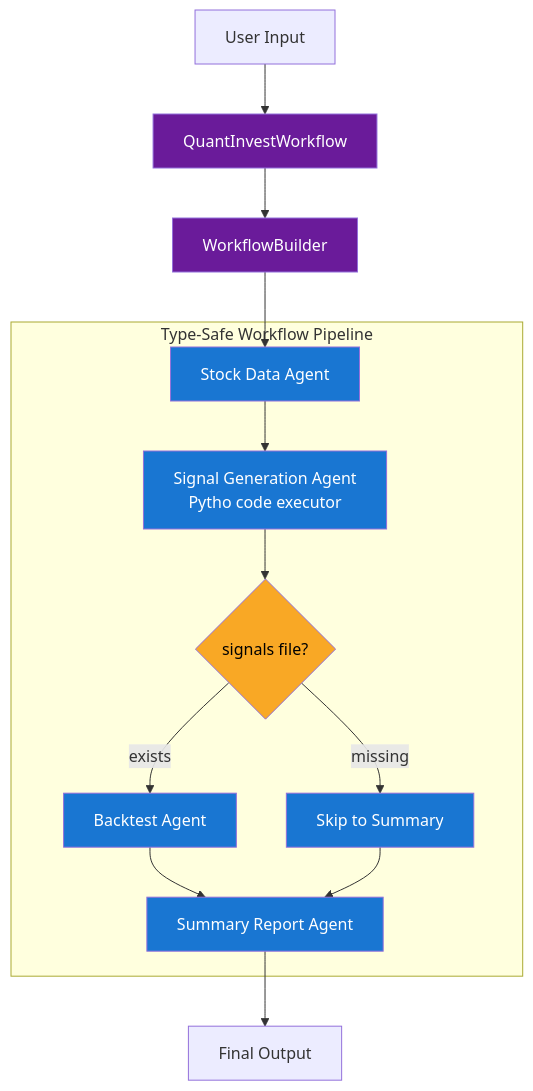
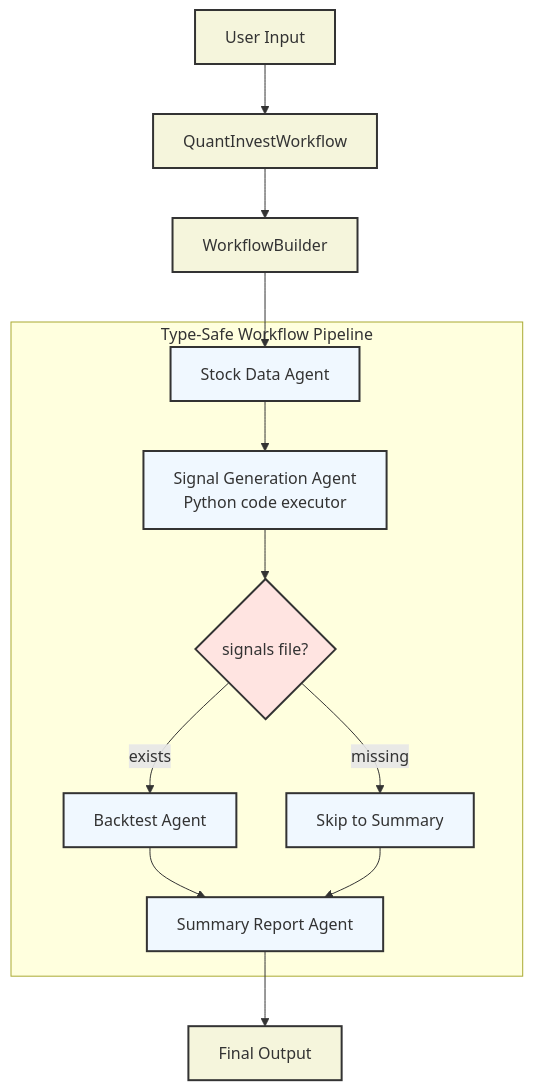
The third of 4 diagrams in README.md (kimtth/agent-quant-stock-invest), drawn with Mermaid before and after one commit. The commit also changed other lines of this file and 18 other files, not shown here.

````diff
--- a/README.md
+++ b/README.md
@@ -121,21 +119,21 @@
 ```mermaid
 flowchart TD
-    classDef orchestrator fill:#6a1b9a,color:#fff;
-    classDef agent fill:#1976d2,color:#fff;
-    classDef decision fill:#f9a825,color:#000;
-    
-    A[User Input] --> B[QuantInvestWorkflow]:::orchestrator
-    B --> C[WorkflowBuilder]:::orchestrator
-    
+    classDef kernel fill:#f5f5dc,stroke:#333,stroke-width:2px
+    classDef cpu    fill:#f0f8ff,stroke:#333,stroke-width:2px
+    classDef proc   fill:#ffe4e1,stroke:#333,stroke-width:2px
+
+    A[User Input]:::kernel --> B[QuantInvestWorkflow]:::kernel
+    B --> C[WorkflowBuilder]:::kernel
+
     subgraph Pipeline [Type-Safe Workflow Pipeline]
-        D[Stock Data Agent]:::agent --> E[Signal Generation Agent<br/>Pytho code executor]:::agent
-        E --> F{signals file?}:::decision
-        F -->|exists| G[Backtest Agent]:::agent
-        F -->|missing| H[Skip to Summary]:::agent
-        G --> I[Summary Report Agent]:::agent
+        D[Stock Data Agent]:::cpu --> E[Signal Generation Agent<br/>Python code executor]:::cpu
+        E --> F{signals file?}:::proc
+        F -->|exists| G[Backtest Agent]:::cpu
+        F -->|missing| H[Skip to Summary]:::cpu
+        G --> I[Summary Report Agent]:::cpu
         H --> I
     end
-    
+
     C --> D
-    I --> J[Final Output]
+    I --> J[Final Output]:::kernel
 ```
````
